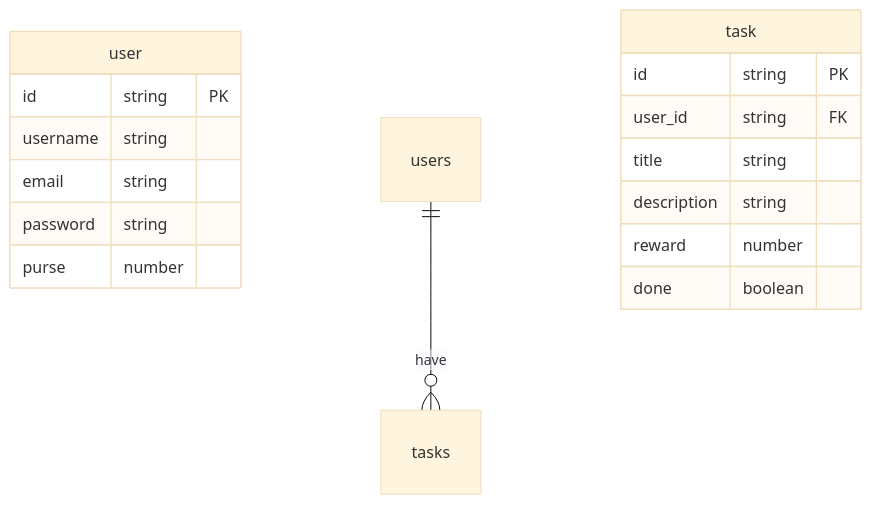
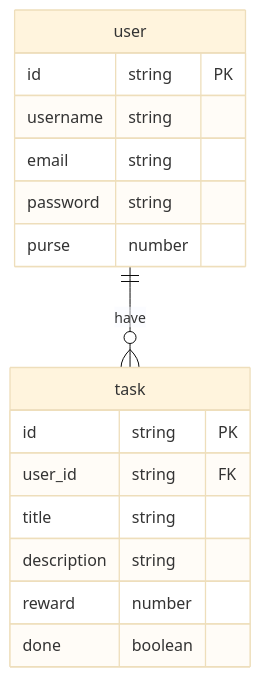
The diagram in README.md (leo-d-a/gamify-website), drawn with Mermaid (base theme) before and after one commit.

Commit message:
[FIX] [DOC] -- Tables name wasn't matching for relation

````diff
--- a/README.md
+++ b/README.md
@@ -12,21 +12,21 @@
 ```mermaid
 erDiagram
 
 user {
   id string PK
   username string
   email string
   password string
   purse number
 }
-users ||--o{ tasks: have
+user ||--o{ task: have
 
 task {
   id string PK
   user_id string FK
   title string
   description string
   reward number
   done boolean
 }
 ```
````
